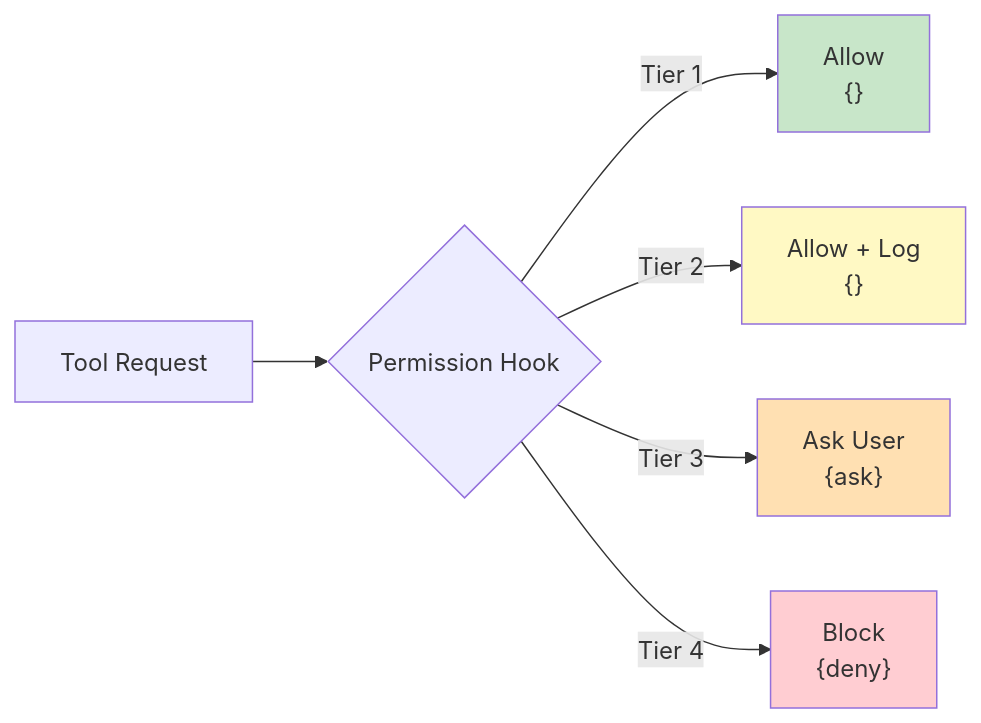
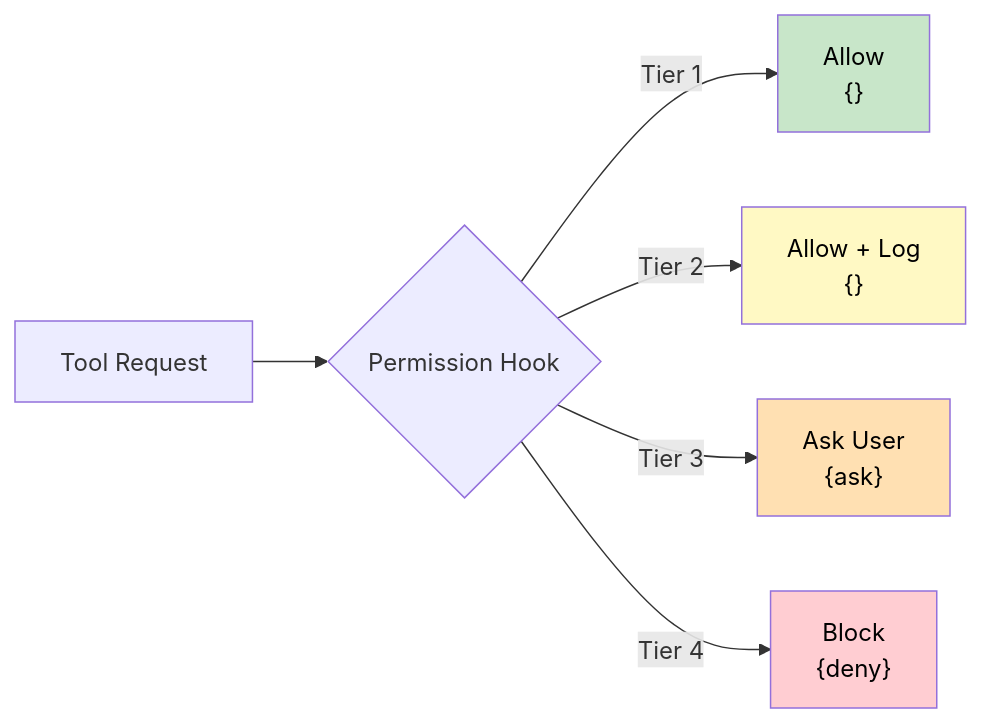
Before and after one commit to jawhnycooke/claude-in-the-shell: the second of 3 diagrams in docs/architecture/agent-loop.md, drawn with Mermaid. The commit also changed other lines of this file, not shown here.

Commit message:
Fix Mermaid diagram text color for light backgrounds

````diff
--- a/docs/architecture/agent-loop.md
+++ b/docs/architecture/agent-loop.md
@@ -110,13 +110,13 @@
 ```mermaid
 flowchart LR
     REQ[Tool Request] --> HOOK{Permission Hook}
     HOOK -->|Tier 1| AUTO["Allow<br/>{}"]
     HOOK -->|Tier 2| NOTIFY["Allow + Log<br/>{}"]
     HOOK -->|Tier 3| CONFIRM["Ask User<br/>{ask}"]
     HOOK -->|Tier 4| BLOCK["Block<br/>{deny}"]
 
-    style AUTO fill:#c8e6c9
-    style NOTIFY fill:#fff9c4
-    style CONFIRM fill:#ffe0b2
-    style BLOCK fill:#ffcdd2
+    style AUTO fill:#c8e6c9,color:#000
+    style NOTIFY fill:#fff9c4,color:#000
+    style CONFIRM fill:#ffe0b2,color:#000
+    style BLOCK fill:#ffcdd2,color:#000
 ```
````
